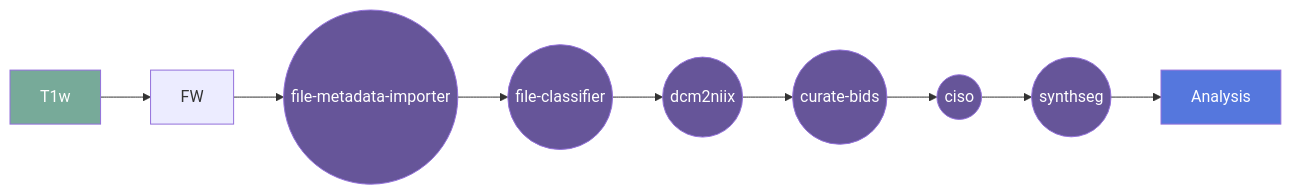
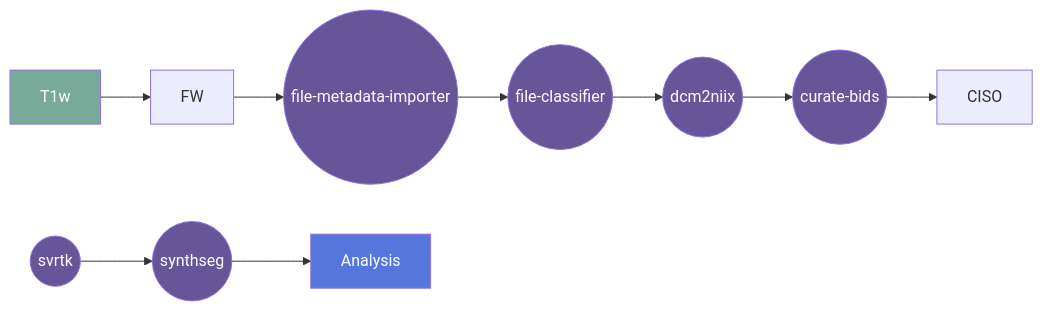
One commit to Nialljb/svrtk-brain-reconstruction changed the diagram in README.md. Above: the diagram before and after it, drawn with Mermaid. The commit also changed other lines of this file and 6 other files, not shown here.

````diff
--- a/README.md
+++ b/README.md
@@ -130,16 +118,16 @@
 ```mermaid
   graph LR;
     A[T1w]:::input --> FW;
     FW[FW] --> FMI;
     FMI((file-metadata-importer)):::gear --> FC;
     FC((file-classifier)):::gear --> D2N;
     D2N((dcm2niix)):::gear --> CB;
     CB((curate-bids)):::gear --> CISO;
-    CISO((ciso)):::gear --> SS;
+    svrtk((svrtk)):::gear --> SS;
     SS((synthseg)):::gear --> ANA;
     ANA[Analysis]:::container;
     
     classDef container fill:#57d,color:#fff
     classDef input fill:#7a9,color:#fff
     classDef gear fill:#659,color:#fff
 ```
````
